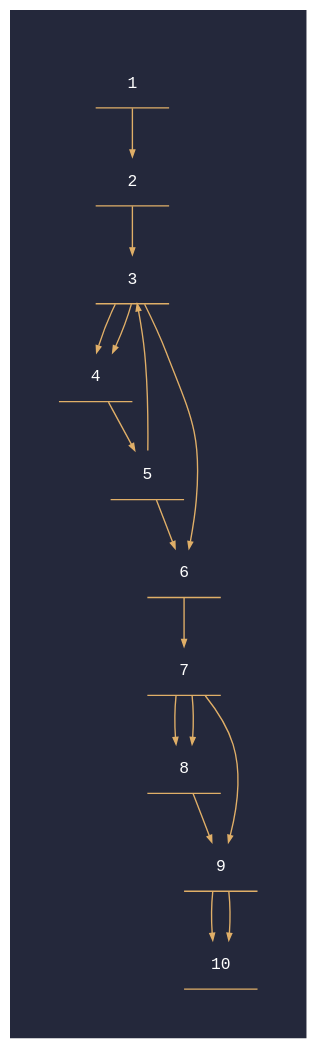
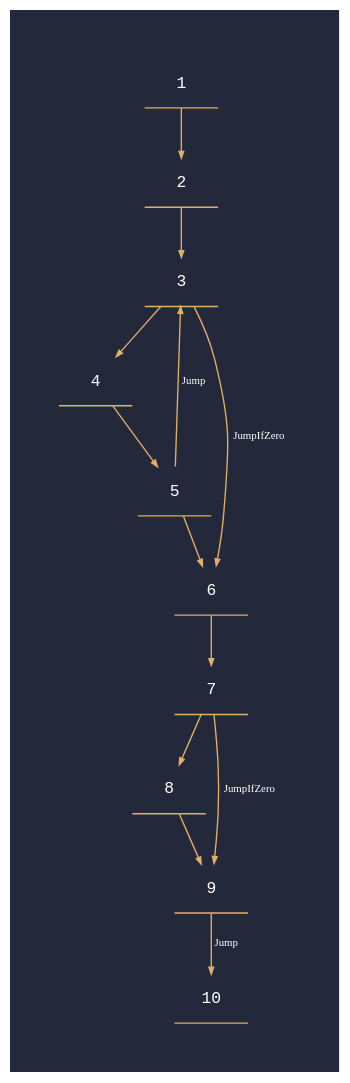
One commit to jorgeypcb/ImpCodeGenerator changed the diagram in programs/dot-files/arith.cfg.dot. Above: the diagram before and after it, drawn with Graphviz. The commit also changed 6 other files, not shown here.

```diff
--- a/programs/dot-files/arith.cfg.dot
+++ b/programs/dot-files/arith.cfg.dot
@@ -1,29 +1,26 @@
 digraph "arith.cfg" {
 	graph [bgcolor="#24283B" pad=0.5]
 	node [color="#E0AF68" fontcolor="#ffffff" fontname="Hack, monospace" fontsize=12 shape=underline]
 	edge [arrowsize=0.5 color="#E0AF68" fontcolor="#ffffff" fontsize=8]
 	1
 	2
 	3
 	4
 	5
 	6
 	7
 	8
 	9
 	1 -> 2 [label=""]
 	2 -> 3 [label=""]
 	3 -> 4 [label=""]
-	3 -> 6 [label=""]
-	3 -> 4 [label=""]
+	3 -> 6 [label=JumpIfZero]
 	4 -> 5 [label=""]
-	5 -> 3 [label=""]
+	5 -> 3 [label=Jump]
 	5 -> 6 [label=""]
 	6 -> 7 [label=""]
 	7 -> 8 [label=""]
-	7 -> 9 [label=""]
-	7 -> 8 [label=""]
+	7 -> 9 [label=JumpIfZero]
 	8 -> 9 [label=""]
-	9 -> 10 [label=""]
-	9 -> 10 [label=""]
+	9 -> 10 [label=Jump]
 }
```
